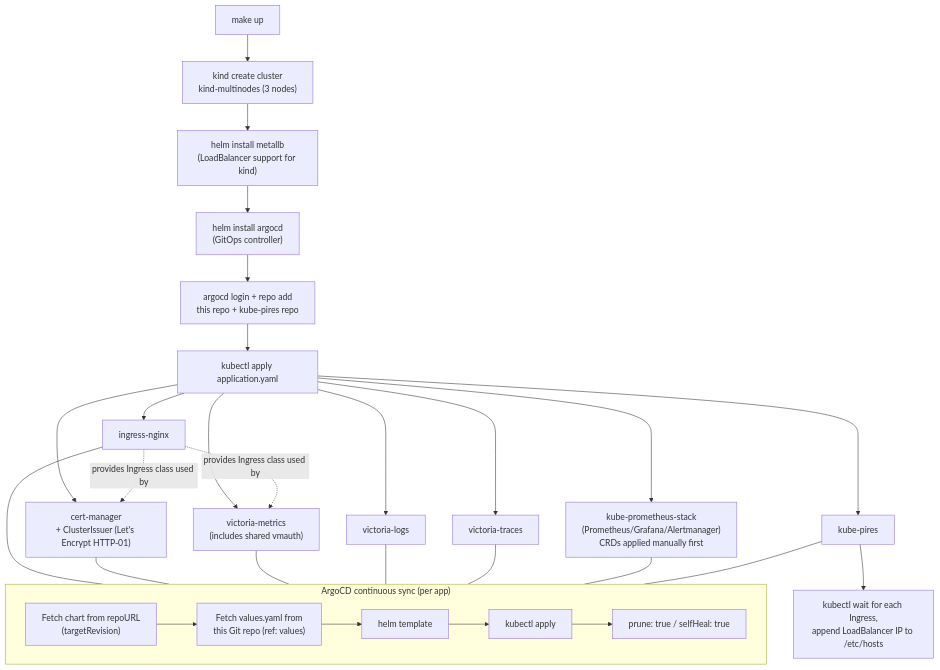
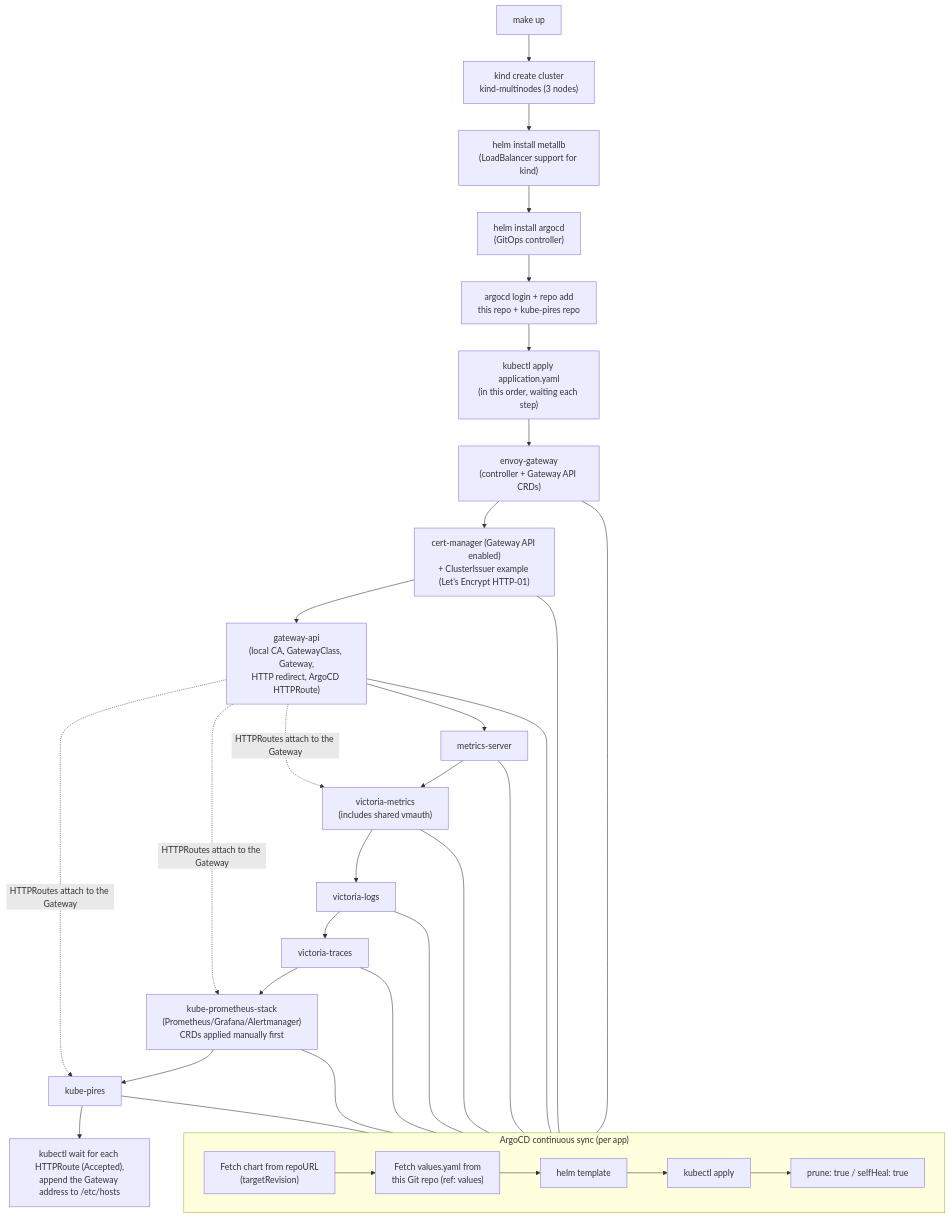
The first of 2 diagrams in CONTRIBUTING.md (aeciopires/learning-victoriametrics), drawn with Mermaid before and after one commit. The commit also changed other lines of this file and 32 other files, not shown here.

Commit message:
Substitute ingress-nginx by envoy-gateway

````diff
--- a/CONTRIBUTING.md
+++ b/CONTRIBUTING.md
@@ -141,35 +144,40 @@
 ```mermaid
 flowchart TD
     A["make up"] --> B["kind create cluster<br/>kind-multinodes (3 nodes)"]
     B --> C["helm install metallb<br/>(LoadBalancer support for kind)"]
     C --> D["helm install argocd<br/>(GitOps controller)"]
     D --> E["argocd login + repo add<br/>this repo + kube-pires repo"]
 
-    E --> F["kubectl apply application.yaml"]
-    F --> G["ingress-nginx"]
-    F --> H["cert-manager<br/>+ ClusterIssuer (Let's Encrypt HTTP-01)"]
-    F --> I["victoria-metrics<br/>(includes shared vmauth)"]
-    F --> J["victoria-logs"]
-    F --> K["victoria-traces"]
-    F --> L["kube-prometheus-stack<br/>(Prometheus/Grafana/Alertmanager)<br/>CRDs applied manually first"]
-    F --> M["kube-pires"]
+    E --> F["kubectl apply application.yaml<br/>(in this order, waiting each step)"]
+    F --> G["envoy-gateway<br/>(controller + Gateway API CRDs)"]
+    G --> H["cert-manager (Gateway API enabled)<br/>+ ClusterIssuer example (Let's Encrypt HTTP-01)"]
+    H --> GA["gateway-api<br/>(local CA, GatewayClass, Gateway,<br/>HTTP redirect, ArgoCD HTTPRoute)"]
+    GA --> MS["metrics-server"]
+    MS --> I["victoria-metrics<br/>(includes shared vmauth)"]
+    I --> J["victoria-logs"]
+    J --> K["victoria-traces"]
+    K --> L["kube-prometheus-stack<br/>(Prometheus/Grafana/Alertmanager)<br/>CRDs applied manually first"]
+    L --> M["kube-pires"]
 
-    G -.->|"provides Ingress class used by"| H
-    G -.->|"provides Ingress class used by"| I
+    GA -.->|"HTTPRoutes attach to the Gateway"| I
+    GA -.->|"HTTPRoutes attach to the Gateway"| L
+    GA -.->|"HTTPRoutes attach to the Gateway"| M
 
     subgraph Sync["ArgoCD continuous sync (per app)"]
         direction LR
         S1["Fetch chart from repoURL<br/>(targetRevision)"] --> S2["Fetch values.yaml from<br/>this Git repo (ref: values)"]
         S2 --> S3["helm template"] --> S4["kubectl apply"] --> S5["prune: true / selfHeal: true"]
     end
 
     G --- Sync
     H --- Sync
+    GA --- Sync
+    MS --- Sync
     I --- Sync
     J --- Sync
     K --- Sync
     L --- Sync
     M --- Sync
 
-    M --> N["kubectl wait for each Ingress,<br/>append LoadBalancer IP to /etc/hosts"]
+    M --> N["kubectl wait for each HTTPRoute (Accepted),<br/>append the Gateway address to /etc/hosts"]
 ```
````
